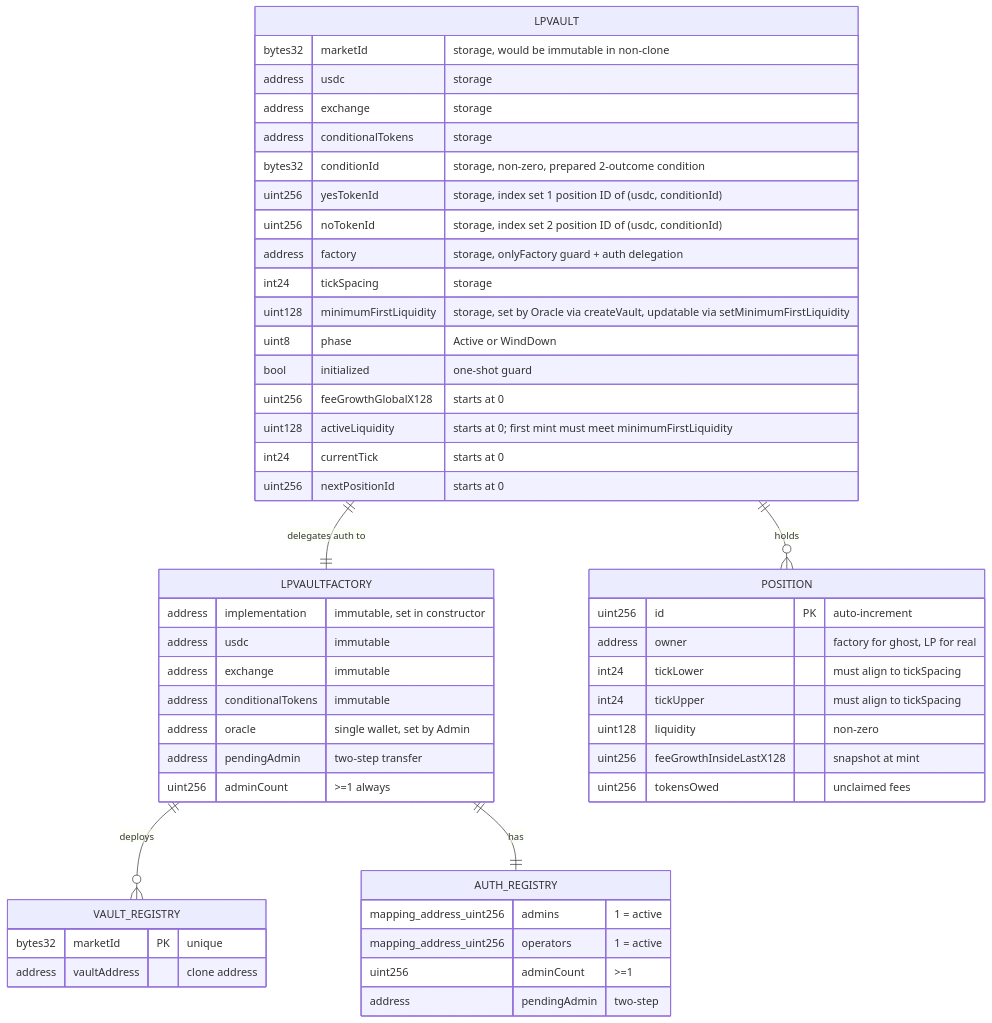
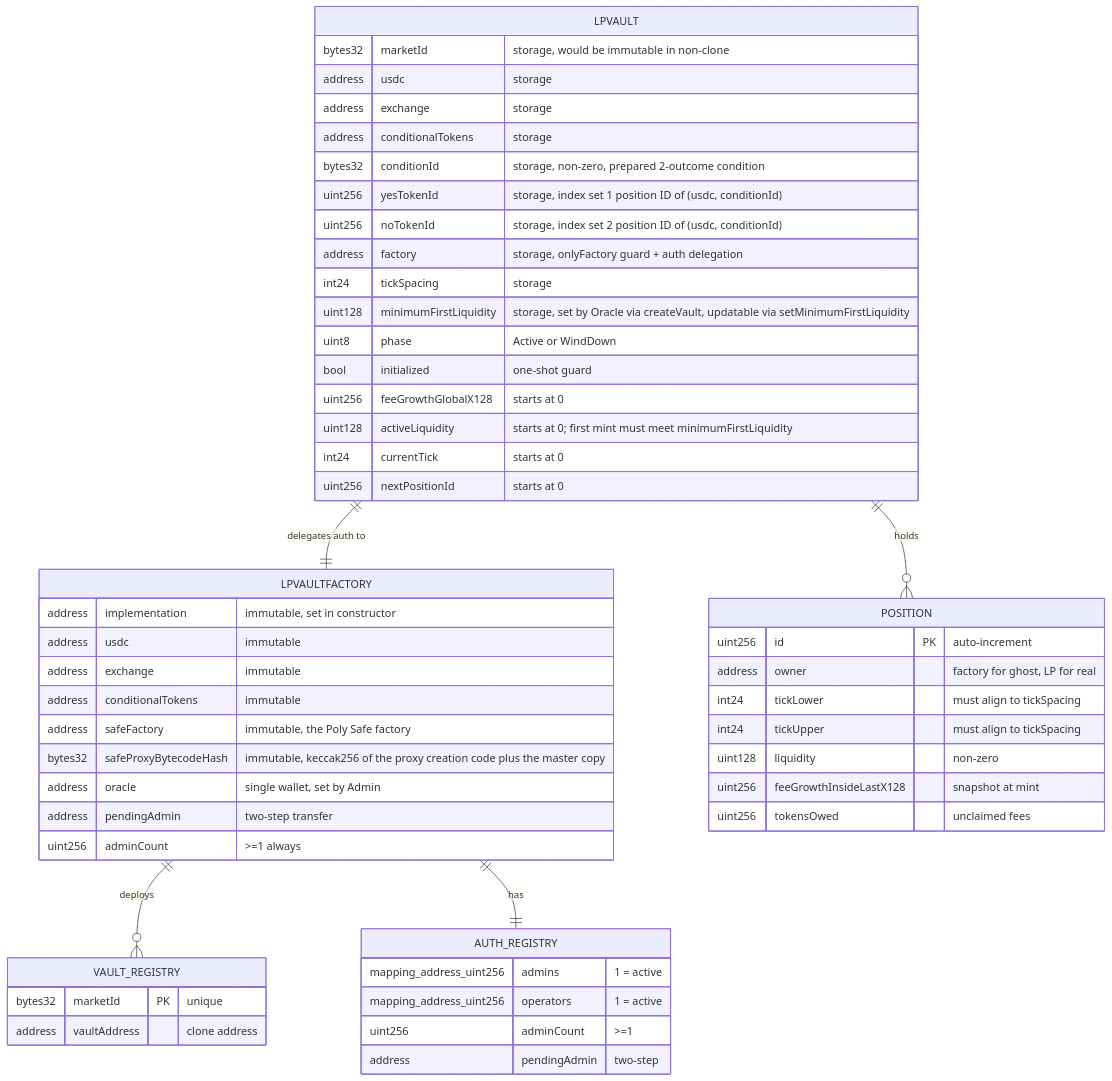
Before and after one commit to ProphetMarket/lp-vaults: the third of 4 diagrams in specs/features/contracts/FEAT-REPZ-deploy-lp-vault-for-a-market/ARCHITECTURE.md, drawn with Mermaid. The commit also changed other lines of this file and 38 other files, not shown here.

````diff
--- a/specs/features/contracts/FEAT-REPZ-deploy-lp-vault-for-a-market/ARCHITECTURE.md
+++ b/specs/features/contracts/FEAT-REPZ-deploy-lp-vault-for-a-market/ARCHITECTURE.md
@@ -64,53 +64,55 @@
 ```mermaid
 erDiagram
     LPVAULTFACTORY {
         address implementation "immutable, set in constructor"
         address usdc "immutable"
         address exchange "immutable"
         address conditionalTokens "immutable"
+        address safeFactory "immutable, the Poly Safe factory"
+        bytes32 safeProxyBytecodeHash "immutable, keccak256 of the proxy creation code plus the master copy"
         address oracle "single wallet, set by Admin"
         address pendingAdmin "two-step transfer"
         uint256 adminCount ">=1 always"
     }
     LPVAULTFACTORY ||--o{ VAULT_REGISTRY : "deploys"
     VAULT_REGISTRY {
         bytes32 marketId PK "unique"
         address vaultAddress "clone address"
     }
     LPVAULT {
         bytes32 marketId "storage, would be immutable in non-clone"
         address usdc "storage"
         address exchange "storage"
         address conditionalTokens "storage"
         bytes32 conditionId "storage, non-zero, prepared 2-outcome condition"
         uint256 yesTokenId "storage, index set 1 position ID of (usdc, conditionId)"
         uint256 noTokenId "storage, index set 2 position ID of (usdc, conditionId)"
         address factory "storage, onlyFactory guard + auth delegation"
         int24 tickSpacing "storage"
         uint128 minimumFirstLiquidity "storage, set by Oracle via createVault, updatable via setMinimumFirstLiquidity"
         uint8 phase "Active or WindDown"
         bool initialized "one-shot guard"
         uint256 feeGrowthGlobalX128 "starts at 0"
         uint128 activeLiquidity "starts at 0; first mint must meet minimumFirstLiquidity"
         int24 currentTick "starts at 0"
         uint256 nextPositionId "starts at 0"
     }
     LPVAULT ||--o{ POSITION : "holds"
     POSITION {
         uint256 id PK "auto-increment"
         address owner "factory for ghost, LP for real"
         int24 tickLower "must align to tickSpacing"
         int24 tickUpper "must align to tickSpacing"
         uint128 liquidity "non-zero"
         uint256 feeGrowthInsideLastX128 "snapshot at mint"
         uint256 tokensOwed "unclaimed fees"
     }
     AUTH_REGISTRY {
         mapping_address_uint256 admins "1 = active"
         mapping_address_uint256 operators "1 = active"
         uint256 adminCount ">=1"
         address pendingAdmin "two-step"
     }
     LPVAULTFACTORY ||--|| AUTH_REGISTRY : "has"
     LPVAULT ||--|| LPVAULTFACTORY : "delegates auth to"
 ```
````
